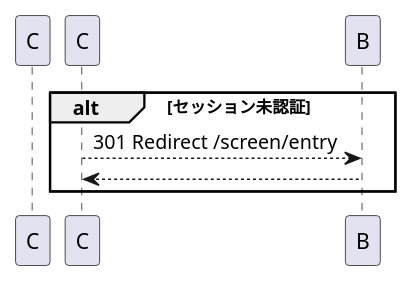
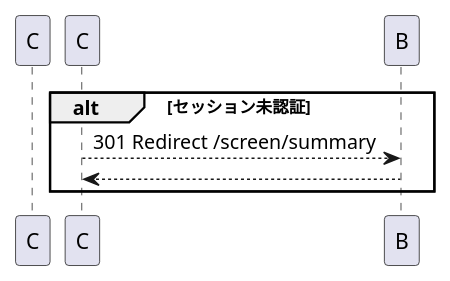
The diagram in doc/5_api/sequence/screen/auth_guard.puml (hachimitu22/MangaViewer), drawn with PlantUML before and after one commit. The commit also changed 4 other files, not shown here.

```diff
--- a/doc/5_api/sequence/screen/auth_guard.puml
+++ b/doc/5_api/sequence/screen/auth_guard.puml
@@ -1,8 +1,8 @@
 ' 認証ガード共通シーケンス（新仕様）
-' 各画面はセッション未認証時に /screen/entry へ遷移する
+' 各画面はセッション未認証時に /screen/summary へ遷移する
 
 alt セッション未認証
   participant C as Controller
-  C --> B : 301 Redirect /screen/entry
+  C --> B : 301 Redirect /screen/summary
   return
 end
```
